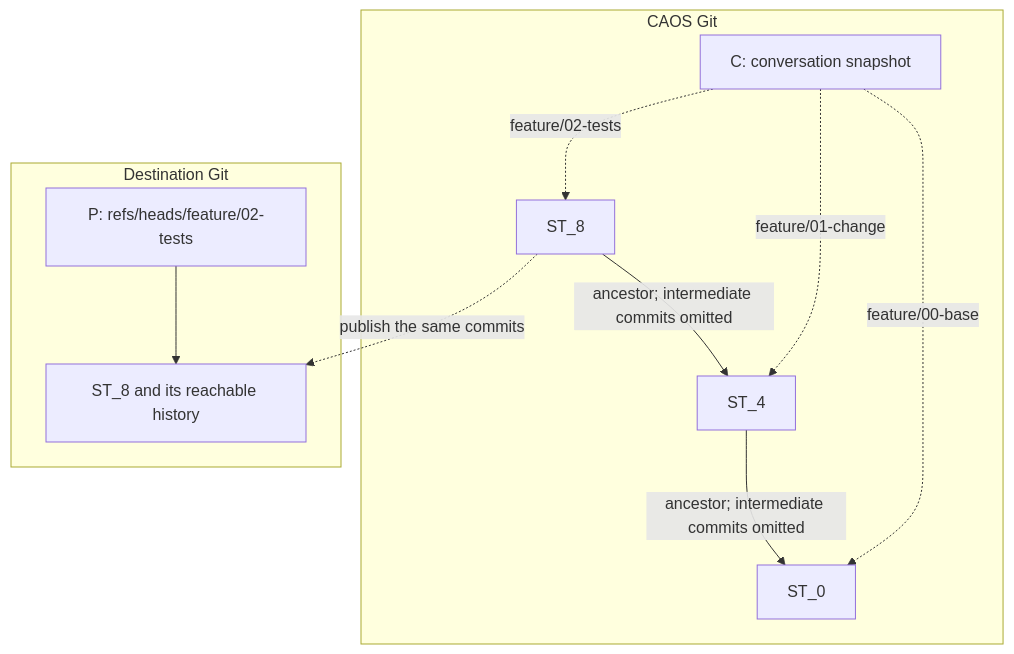
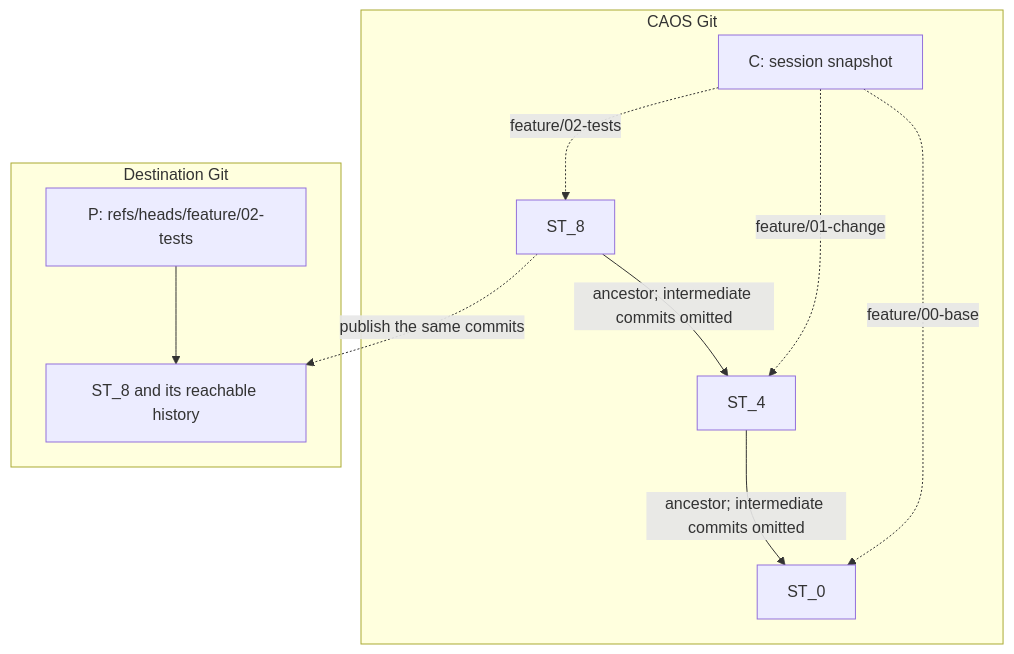
One commit to Metta-AI/caos changed the diagram in design/chat.md. Above: the diagram before and after it, drawn with Mermaid. The commit also changed other lines of this file and 232 other files, not shown here.

First line of the commit message:
Rename "conversation" to "session" (#399)

````diff
--- a/design/chat.md
+++ b/design/chat.md
@@ -48,15 +48,15 @@
 ```mermaid
 flowchart TB
     subgraph caos["CAOS Git"]
-        C["C: conversation snapshot"]
+        C["C: session snapshot"]
         C -.->|"feature/00-base"| ST0["ST_0"]
         C -.->|"feature/01-change"| ST4["ST_4"]
         C -.->|"feature/02-tests"| ST8["ST_8"]
         ST8 -->|"ancestor; intermediate commits omitted"| ST4
         ST4 -->|"ancestor; intermediate commits omitted"| ST0
     end
     subgraph remote["Destination Git"]
         P["P: refs/heads/feature/02-tests"] --> Published["ST_8 and its reachable history"]
     end
     ST8 -.->|publish the same commits| Published
 ```
````
